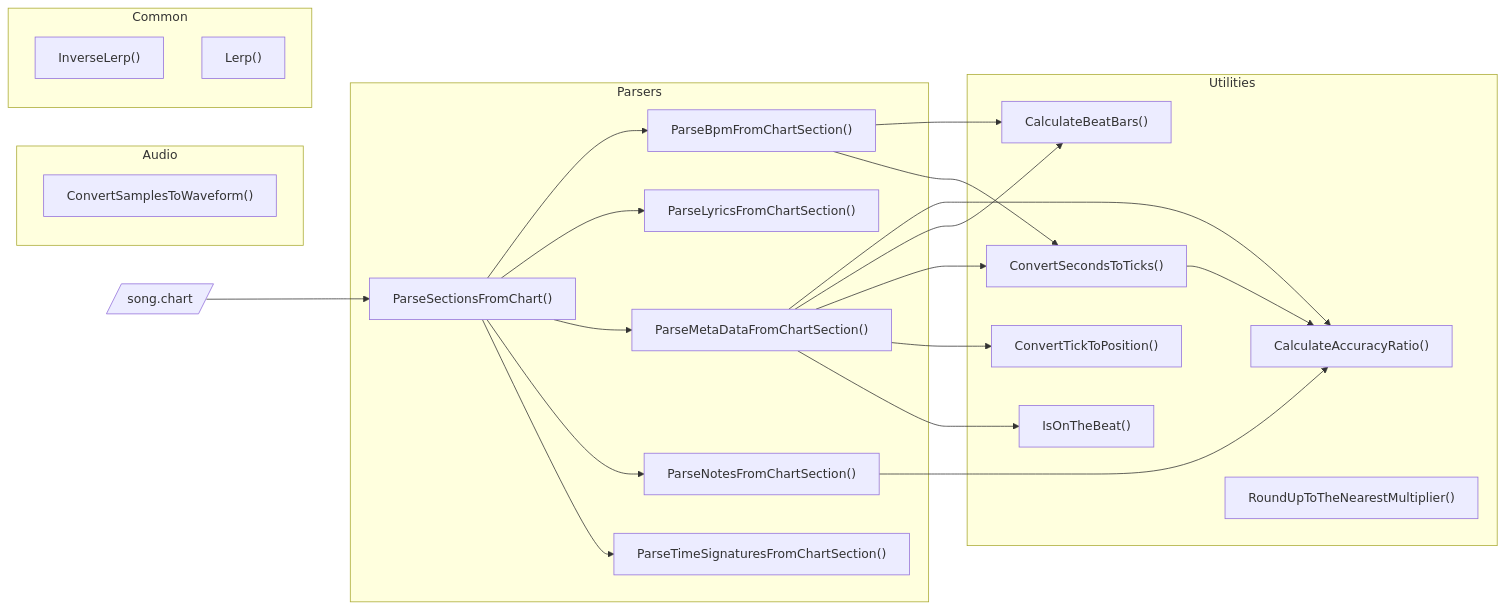
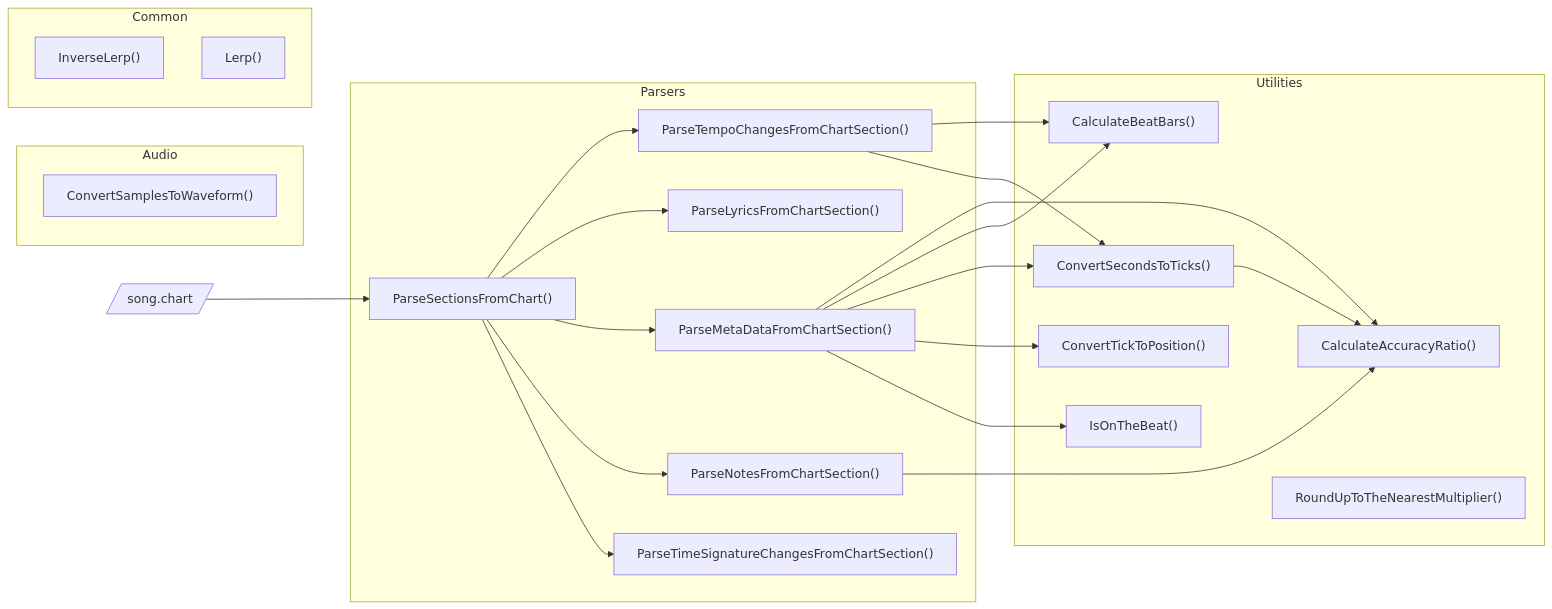
Before and after one commit to neogeek/rhythm-game-utilities: the diagram in Documentation/Architecture.md, drawn with Mermaid. The commit also changed 27 other files, not shown here.

````diff
--- a/Documentation/Architecture.md
+++ b/Documentation/Architecture.md
@@ -7,53 +7,53 @@
 ```mermaid
 graph LR;
     file[/"song.chart"/]
 
     subgraph audioGraph ["Audio"]
         convertSamplesToWaveform["ConvertSamplesToWaveform()"]
     end
 
     subgraph commonGraph ["Common"]
         inverseLerp["InverseLerp()"]
         lerp["Lerp()"]
     end
 
     subgraph parsersGraph ["Parsers"]
         parseSectionsFromChart["ParseSectionsFromChart()"]
-        parseBpmFromChartSection["ParseBpmFromChartSection()"]
+        parseBpmFromChartSection["ParseTempoChangesFromChartSection()"]
         parseLyricsFromChartSection["ParseLyricsFromChartSection()"]
         parseMetaDataFromChartSection["ParseMetaDataFromChartSection()"]
         parseNotesFromChartSection["ParseNotesFromChartSection()"]
-        parseTimeSignaturesFromChartSection["ParseTimeSignaturesFromChartSection()"]
+        parseTimeSignaturesFromChartSection["ParseTimeSignatureChangesFromChartSection()"]
 
         parseSectionsFromChart-->parseBpmFromChartSection
         parseSectionsFromChart-->parseLyricsFromChartSection
         parseSectionsFromChart-->parseMetaDataFromChartSection
         parseSectionsFromChart-->parseNotesFromChartSection
         parseSectionsFromChart-->parseTimeSignaturesFromChartSection
     end
 
     subgraph utilitiesGraph ["Utilities"]
         calculateAccuracyRatio["CalculateAccuracyRatio()"]
         calculateBeatBars["CalculateBeatBars()"]
         convertSecondsToTicks["ConvertSecondsToTicks()"]
         convertTickToPosition["ConvertTickToPosition()"]
         isOnTheBeat["IsOnTheBeat()"]
         roundUpToTheNearestMultiplier["RoundUpToTheNearestMultiplier()"]
     end
 
     file-->parseSectionsFromChart
 
     parseMetaDataFromChartSection-->calculateAccuracyRatio
     parseNotesFromChartSection-->calculateAccuracyRatio
     convertSecondsToTicks-->calculateAccuracyRatio
 
     parseBpmFromChartSection-->calculateBeatBars
     parseMetaDataFromChartSection-->calculateBeatBars
 
     parseMetaDataFromChartSection-->convertSecondsToTicks
     parseBpmFromChartSection-->convertSecondsToTicks
 
     parseMetaDataFromChartSection-->convertTickToPosition
 
     parseMetaDataFromChartSection-->isOnTheBeat
 ```
````
